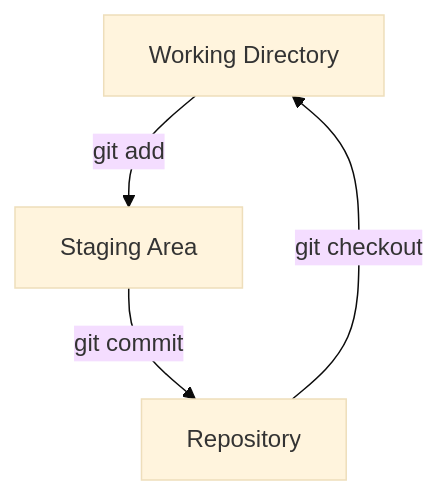
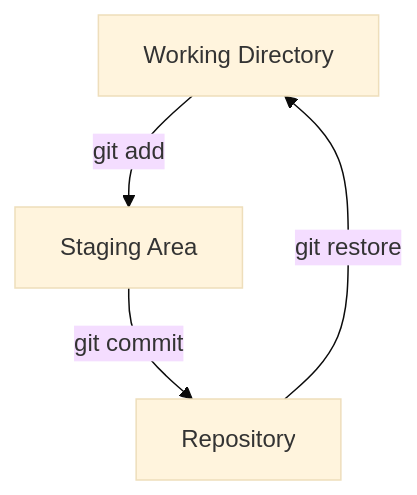
The first of 3 diagrams in slides.md (Nizam-Chaudhary/git-in-practice), drawn with Mermaid (base theme) before and after one commit. The commit also changed other lines of this file, not shown here.

Commit message:
feat: added git reset, revert, cherry-pick

````diff
--- a/slides.md
+++ b/slides.md
@@ -74,7 +74,7 @@
 ```mermaid
 graph TD
     A[Working Directory] -- git add --> B[Staging Area]
     B -- git commit --> C[Repository]
-    C -- git checkout --> A
+    C -- git restore --> A
 
 ```
````
